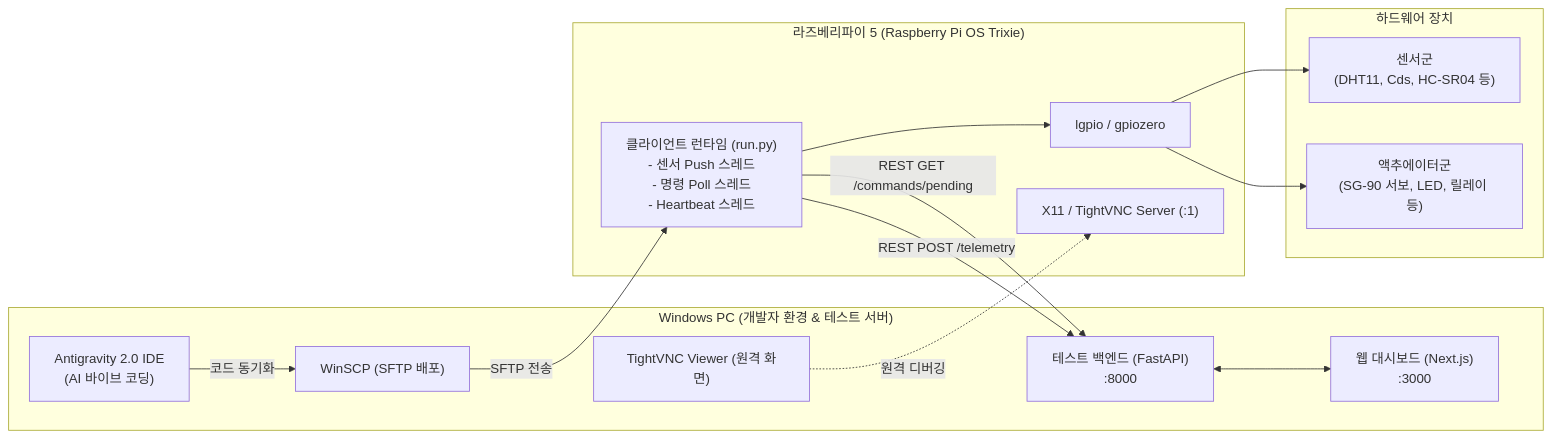
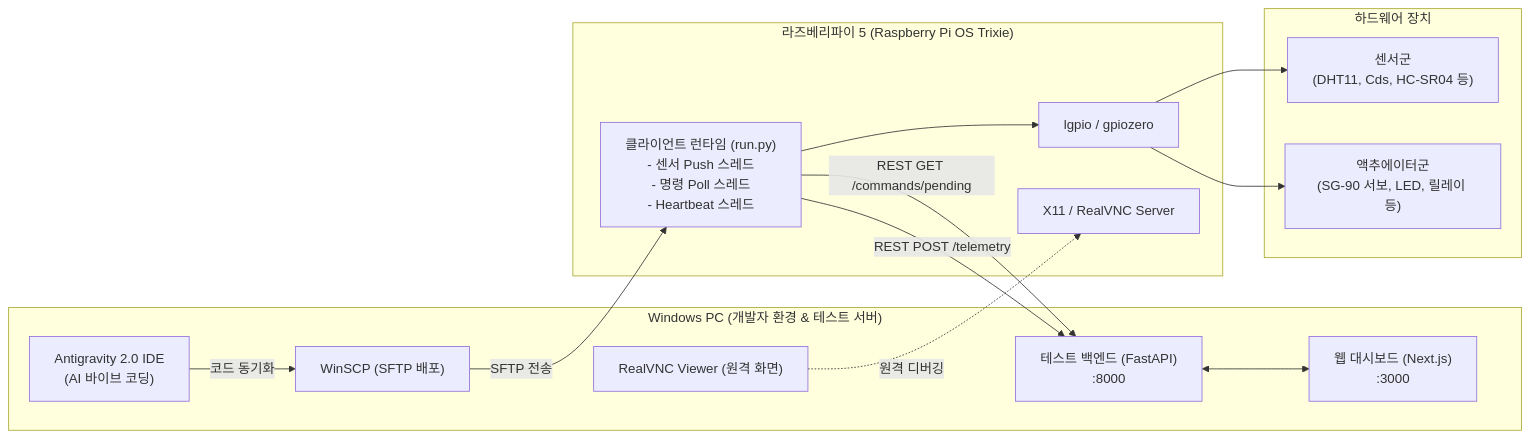
The diagram in docs/STUDENT_HANDBOOK.md (foxjini/iot-test-system), drawn with Mermaid before and after one commit. The commit also changed other lines of this file and 5 other files, not shown here.

First line of the commit message:
Switch back to RealVNC (keep WinSCP); fix 3 gaps found in STUDENT_HANDBOOK.md review

````diff
--- a/docs/STUDENT_HANDBOOK.md
+++ b/docs/STUDENT_HANDBOOK.md
@@ -30,31 +30,31 @@
 ```mermaid
 graph LR
     subgraph Windows_PC ["Windows PC (개발자 환경 & 테스트 서버)"]
         IDE["Antigravity 2.0 IDE<br/>(AI 바이브 코딩)"]
         BE["테스트 백엔드 (FastAPI)<br/>:8000"]
         FE["웹 대시보드 (Next.js)<br/>:3000"]
         WinSCP["WinSCP (SFTP 배포)"]
-        VNC_Viewer["TightVNC Viewer (원격 화면)"]
+        VNC_Viewer["RealVNC Viewer (원격 화면)"]
     end
 
     subgraph RPi5 ["라즈베리파이 5 (Raspberry Pi OS Trixie)"]
         Runtime["클라이언트 런타임 (run.py)<br/>- 센서 Push 스레드<br/>- 명령 Poll 스레드<br/>- Heartbeat 스레드"]
         lgpio["lgpio / gpiozero"]
-        X11["X11 / TightVNC Server (:1)"]
+        X11["X11 / RealVNC Server"]
     end
 
     subgraph Hardware ["하드웨어 장치"]
         Sensors["센서군<br/>(DHT11, Cds, HC-SR04 등)"]
         Actuators["액추에이터군<br/>(SG-90 서보, LED, 릴레이 등)"]
     end
 
     IDE -->|코드 동기화| WinSCP
     WinSCP -->|SFTP 전송| Runtime
     Runtime -->|REST POST /telemetry| BE
     Runtime -->|REST GET /commands/pending| BE
     BE <--> FE
     VNC_Viewer -.->|원격 디버깅| X11
     Runtime --> lgpio
     lgpio --> Sensors
     lgpio --> Actuators
 ```
````
